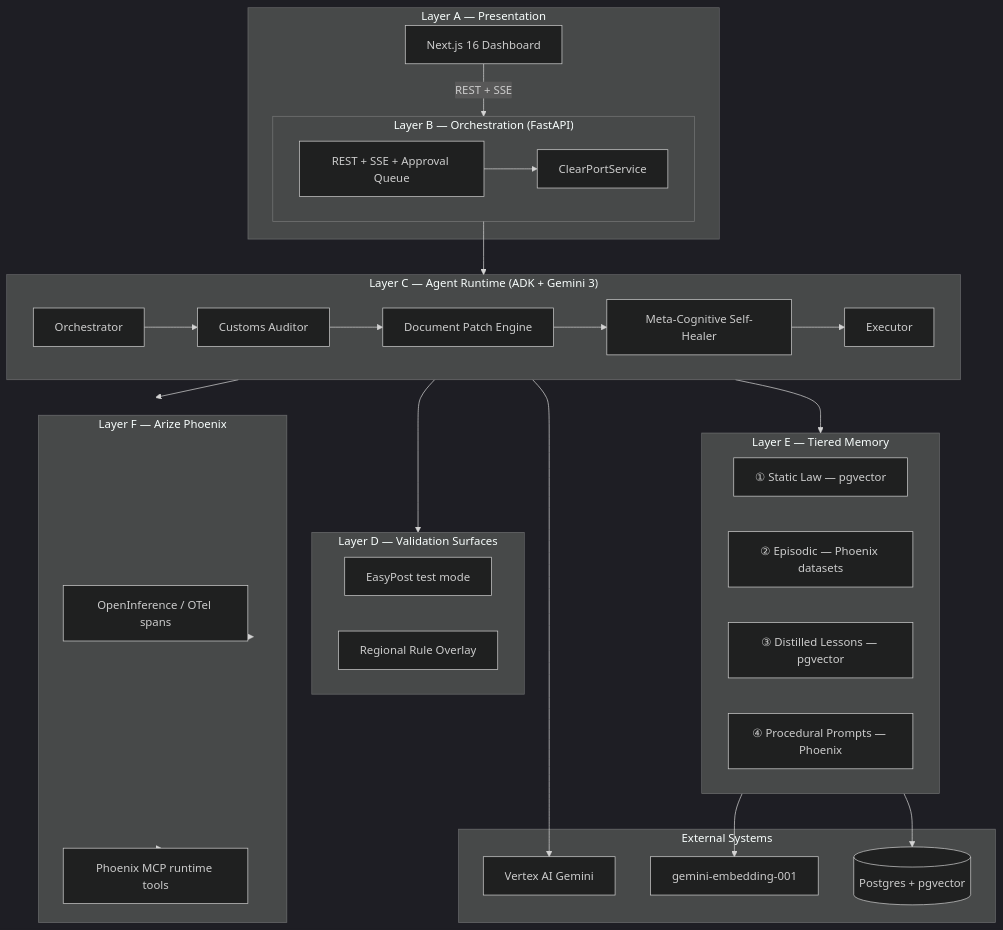
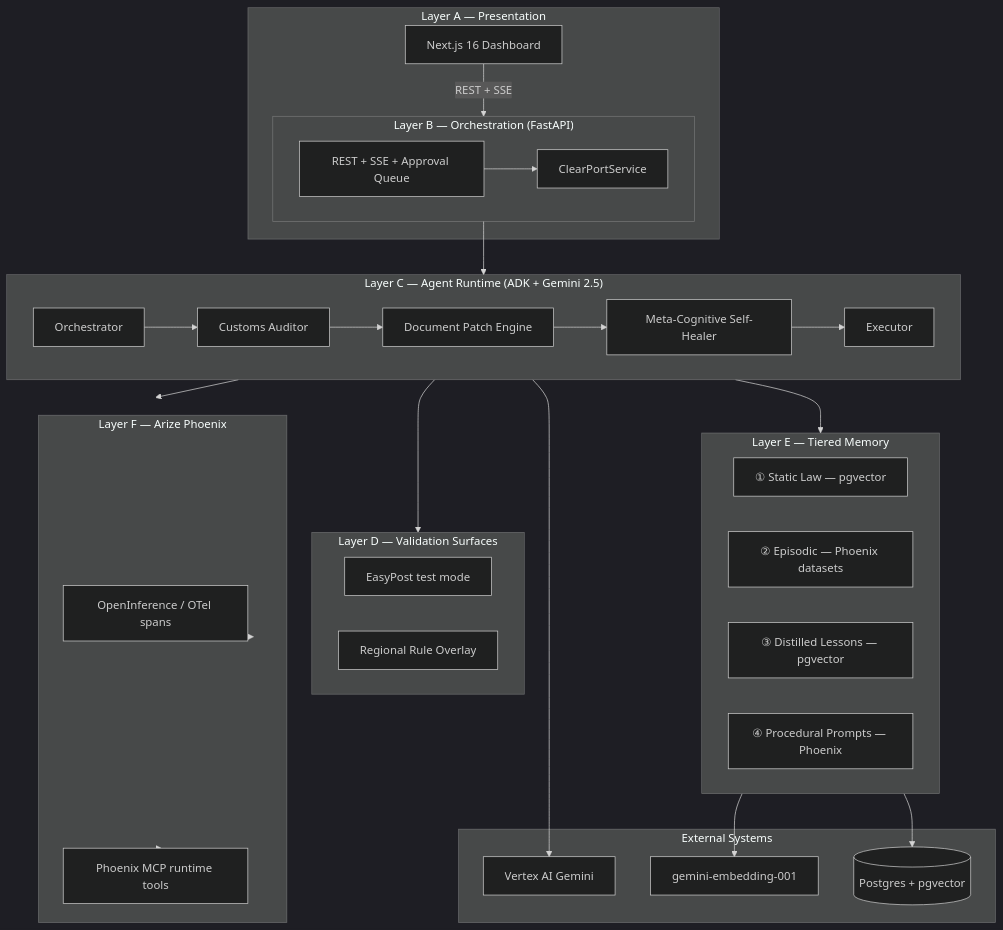
One commit to akshayavarshinee/mission-sundar-pichai changed the first of 8 diagrams in README.md. Above: the diagram before and after it, drawn with Mermaid (dark theme). The commit also changed other lines of this file and 4 other files, not shown here.

````diff
--- a/README.md
+++ b/README.md
@@ -159,55 +159,55 @@
 ```mermaid
 flowchart TB
     subgraph A["Layer A — Presentation"]
         UI[Next.js 16 Dashboard]
         UI -->|REST + SSE| B
     end
 
     subgraph B["Layer B — Orchestration (FastAPI)"]
         API[REST + SSE + Approval Queue]
         SVC[ClearPortService]
         API --> SVC
     end
 
-    subgraph C["Layer C — Agent Runtime (ADK + Gemini 3)"]
+    subgraph C["Layer C — Agent Runtime (ADK + Gemini 2.5)"]
         ORCH[Orchestrator]
         AUD[Customs Auditor]
         PATCH[Document Patch Engine]
         HEAL[Meta-Cognitive Self-Healer]
         EXEC[Executor]
         ORCH --> AUD --> PATCH --> HEAL --> EXEC
     end
 
     subgraph D["Layer D — Validation Surfaces"]
         EP[EasyPost test mode]
         OVL[Regional Rule Overlay]
     end
 
     subgraph E["Layer E — Tiered Memory"]
         L1[① Static Law — pgvector]
         L2[② Episodic — Phoenix datasets]
         L3[③ Distilled Lessons — pgvector]
         L4[④ Procedural Prompts — Phoenix]
     end
 
     subgraph F["Layer F — Arize Phoenix"]
         OTEL[OpenInference / OTel spans]
         MCP[Phoenix MCP runtime tools]
     end
 
     subgraph EXT["External Systems"]
         GEM[Vertex AI Gemini]
         EMB[gemini-embedding-001]
         PG[(Postgres + pgvector)]
     end
 
     B --> C
     C --> D
     C --> E
     C --> F
     E --> PG
     F --> OTEL
     F --> MCP
     C --> GEM
     E --> EMB
 ```
````
